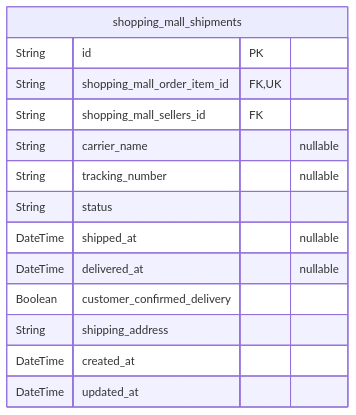
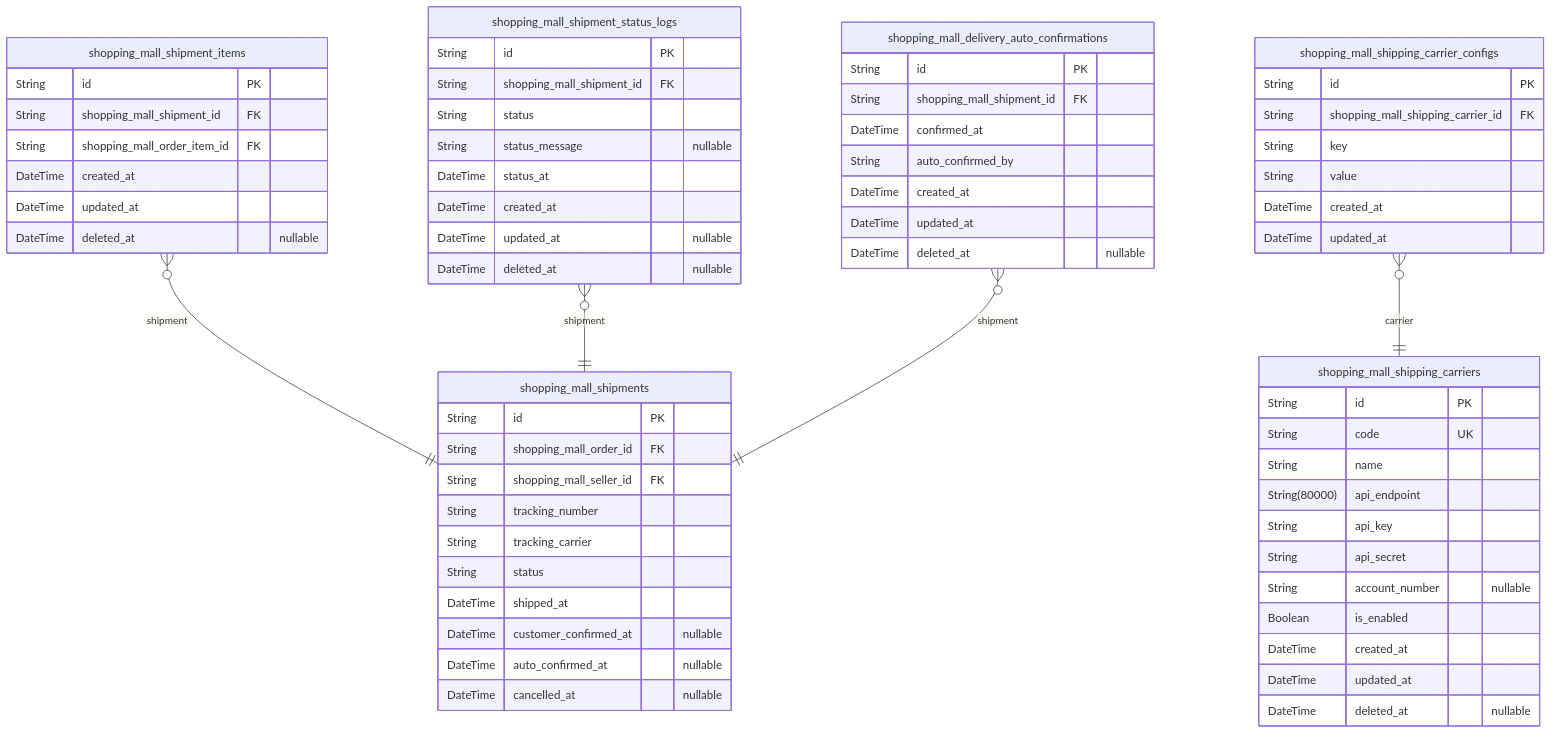
Before and after one commit to wrtnlabs/autobe-examples: the eighth of 9 diagrams in qwen/qwen3-coder-next/shopping/docs/ERD.md, drawn with Mermaid. The commit also changed other lines of this file and 25939 other files, not shown here.

````diff
--- a/qwen/qwen3-coder-next/shopping/docs/ERD.md
+++ b/qwen/qwen3-coder-next/shopping/docs/ERD.md
@@ -1506,17 +2356,67 @@
 ```mermaid
 erDiagram
 "shopping_mall_shipments" {
   String id PK
-  String shopping_mall_order_item_id FK,UK
-  String shopping_mall_sellers_id FK
-  String carrier_name "nullable"
-  String tracking_number "nullable"
+  String shopping_mall_order_id FK
+  String shopping_mall_seller_id FK
+  String tracking_number
+  String tracking_carrier
   String status
-  DateTime shipped_at "nullable"
-  DateTime delivered_at "nullable"
-  Boolean customer_confirmed_delivery
-  String shipping_address
+  DateTime shipped_at
+  DateTime customer_confirmed_at "nullable"
+  DateTime auto_confirmed_at "nullable"
+  DateTime cancelled_at "nullable"
+}
+"shopping_mall_shipment_items" {
+  String id PK
+  String shopping_mall_shipment_id FK
+  String shopping_mall_order_item_id FK
+  DateTime created_at
+  DateTime updated_at
+  DateTime deleted_at "nullable"
+}
+"shopping_mall_shipment_status_logs" {
+  String id PK
+  String shopping_mall_shipment_id FK
+  String status
+  String status_message "nullable"
+  DateTime status_at
+  DateTime created_at
+  DateTime updated_at "nullable"
+  DateTime deleted_at "nullable"
+}
+"shopping_mall_delivery_auto_confirmations" {
+  String id PK
+  String shopping_mall_shipment_id FK
+  DateTime confirmed_at
+  String auto_confirmed_by
+  DateTime created_at
+  DateTime updated_at
+  DateTime deleted_at "nullable"
+}
+"shopping_mall_shipping_carriers" {
+  String id PK
+  String code UK
+  String name
+  String(80000) api_endpoint
+  String api_key
+  String api_secret
+  String account_number "nullable"
+  Boolean is_enabled
+  DateTime created_at
+  DateTime updated_at
+  DateTime deleted_at "nullable"
+}
+"shopping_mall_shipping_carrier_configs" {
+  String id PK
+  String shopping_mall_shipping_carrier_id FK
+  String key
+  String value
   DateTime created_at
   DateTime updated_at
 }
+"shopping_mall_shipment_items" }o--|| "shopping_mall_shipments" : shipment
+"shopping_mall_shipment_status_logs" }o--|| "shopping_mall_shipments" : shipment
+"shopping_mall_delivery_auto_confirmations" }o--|| "shopping_mall_shipments" : shipment
+"shopping_mall_shipping_carrier_configs" }o--|| "shopping_mall_shipping_carriers" : carrier
 ```
````
